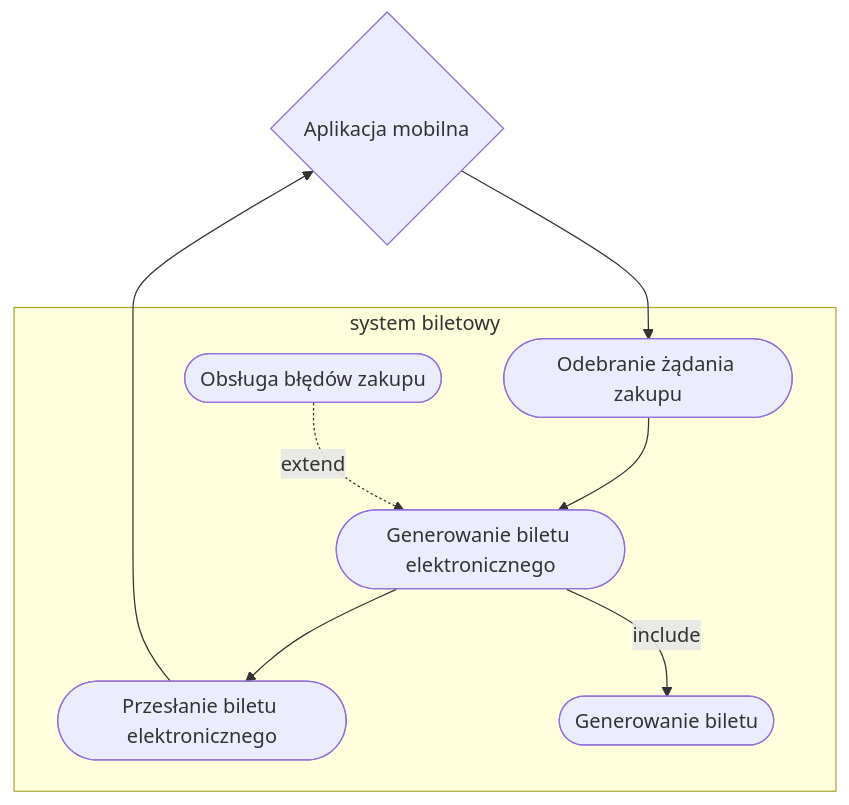
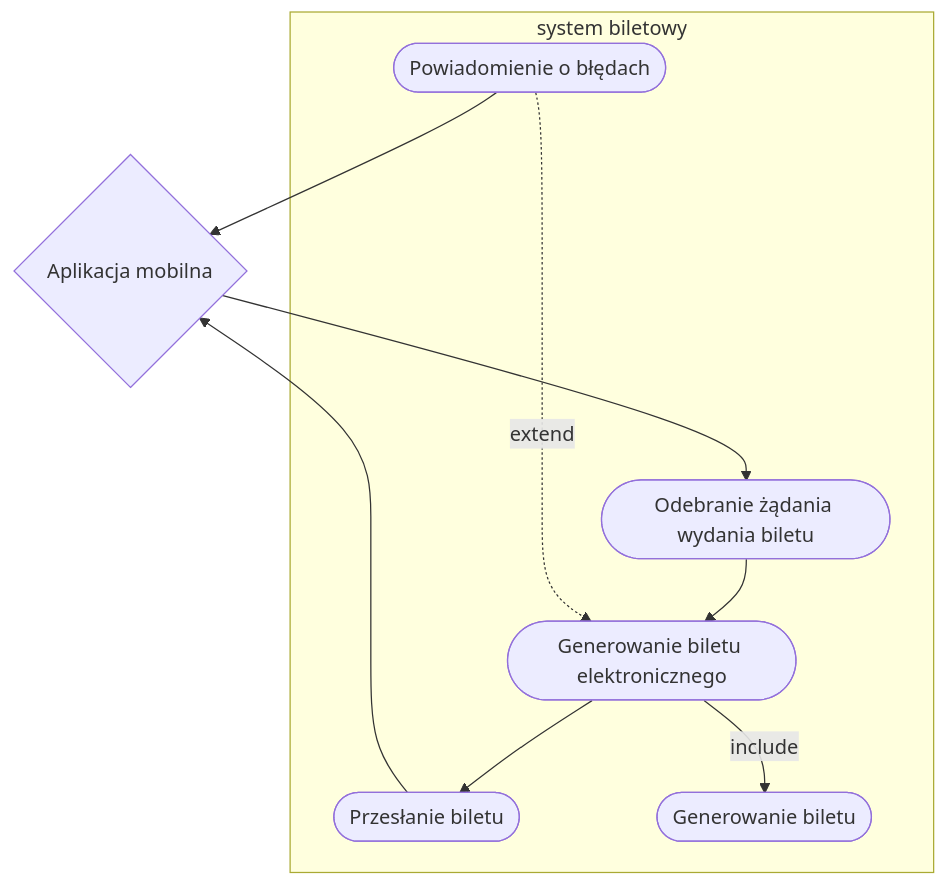
Before and after one commit to pilukal/MWO: the first of 5 diagrams in system-biletowy.md, drawn with Mermaid. The commit also changed other lines of this file, not shown here.

````diff
--- a/system-biletowy.md
+++ b/system-biletowy.md
@@ -9,25 +9,25 @@
 ```mermaid
 flowchart TD
     
     Aplikacja_mobilna{Aplikacja mobilna}
 
     Aplikacja_mobilna --> Odebranie_zadania_zakupu
     Przeslanie_biletu_elektronicznego --> Aplikacja_mobilna
-
+    Obsluga_bledow_zakupu --> Aplikacja_mobilna
     subgraph system biletowy
     
-    Odebranie_zadania_zakupu([Odebranie żądania zakupu])
+    Odebranie_zadania_zakupu([Odebranie żądania wydania biletu])
     Generowanie_biletu_elektronicznego([Generowanie biletu elektronicznego])
-    Przeslanie_biletu_elektronicznego([Przesłanie biletu elektronicznego])
+    Przeslanie_biletu_elektronicznego([Przesłanie biletu])
     
     Generowanie_biletu([Generowanie biletu])
-    Obsluga_bledow_zakupu([Obsługa błędów zakupu])
+    Obsluga_bledow_zakupu([Powiadomienie o błędach])
 
 
     Odebranie_zadania_zakupu --> Generowanie_biletu_elektronicznego
     Generowanie_biletu_elektronicznego --> Przeslanie_biletu_elektronicznego
 
     Generowanie_biletu_elektronicznego --> |include| Generowanie_biletu
     Obsluga_bledow_zakupu -.-> |extend| Generowanie_biletu_elektronicznego
     end
 ```
````
